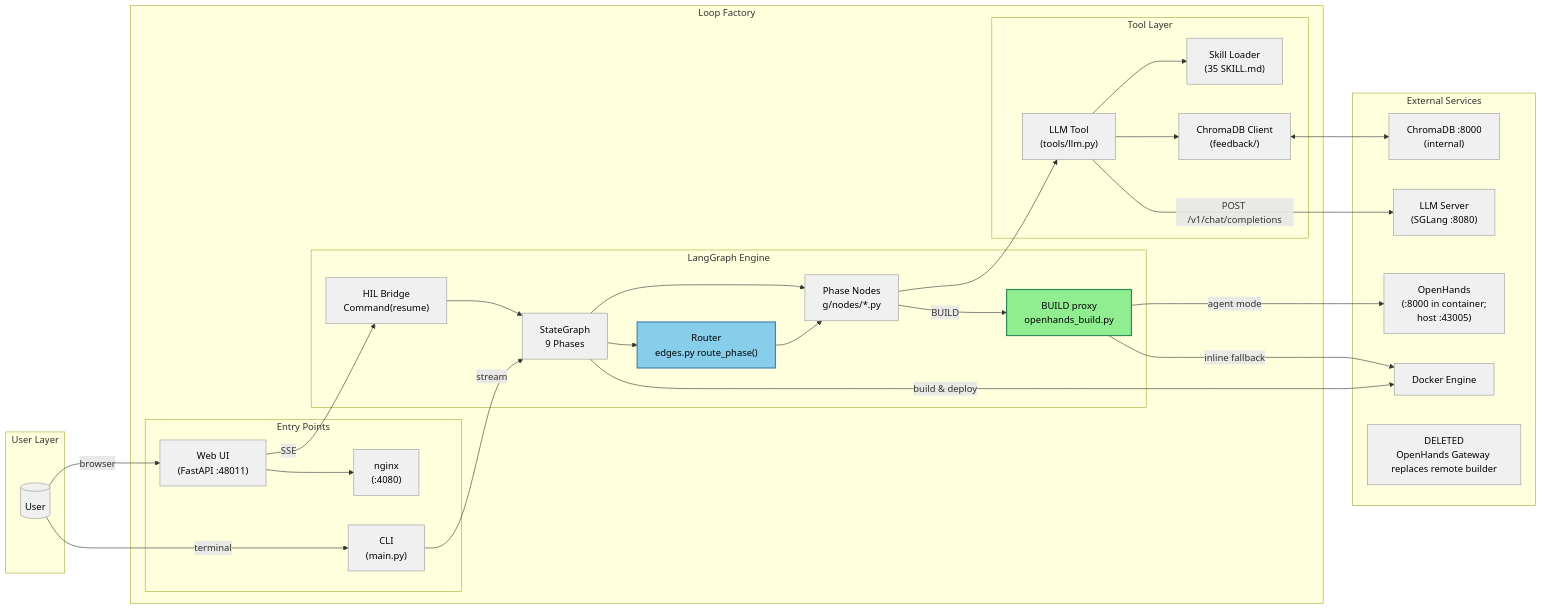
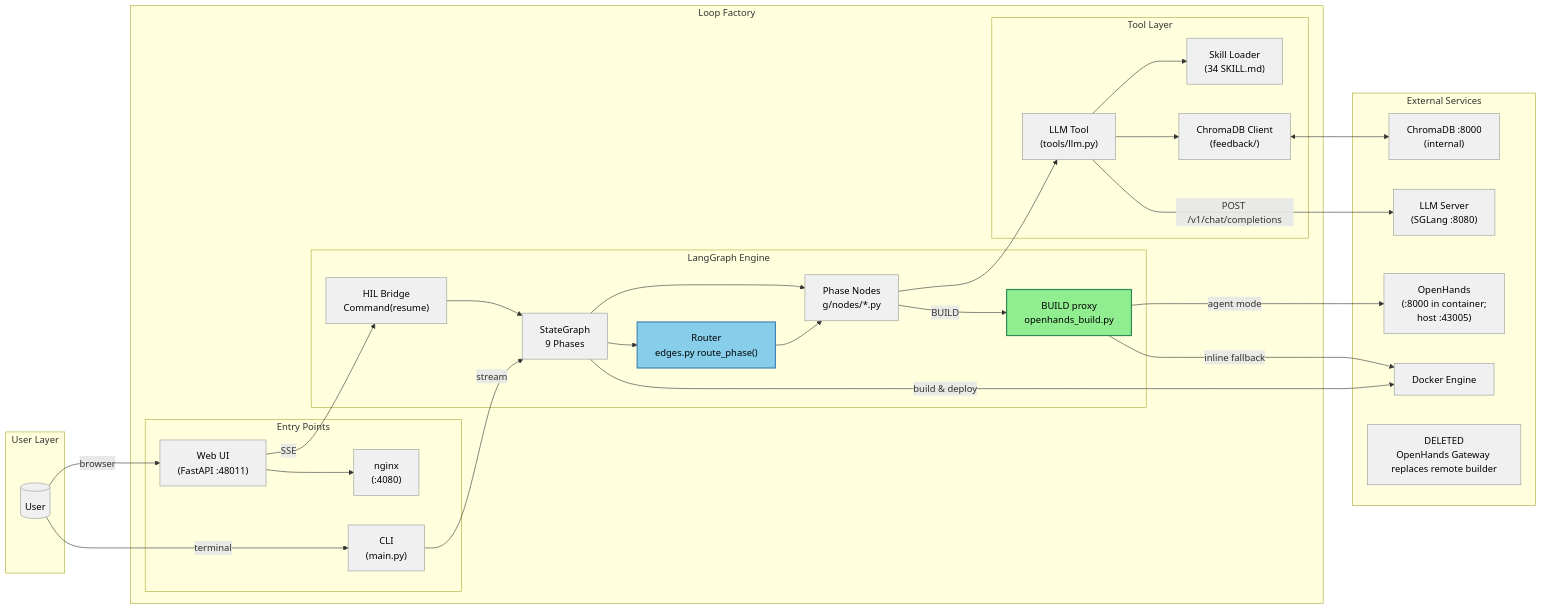
The third of 4 diagrams in README.md (terrygzhou/loop_engineering_factory), drawn with Mermaid before and after one commit. The commit also changed other lines of this file and 14 other files, not shown here.

````diff
--- a/README.md
+++ b/README.md
@@ -116,65 +118,65 @@
 ```mermaid
 graph LR
     subgraph User["User Layer"]
         U[("User")]
     end
 
     subgraph LoopFactory["Loop Factory"]
         subgraph Entry["Entry Points"]
             CLI["CLI<br/>(main.py)"]
             WebUI["Web UI<br/>(FastAPI :48011)"]
             Nginx["nginx<br/>(:4080)"]
         end
 
         subgraph Engine["LangGraph Engine"]
             Graph["StateGraph<br/>9 Phases"]
             Nodes["Phase Nodes<br/>g/nodes/*.py"]
             Bridge["HIL Bridge<br/>Command(resume)"]
             BuildProxy["BUILD proxy<br/>openhands_build.py"]
             Router["Router<br/>edges.py route_phase()"]
         end
 
         subgraph Tools["Tool Layer"]
             LLM["LLM Tool<br/>(tools/llm.py)"]
-            Skills["Skill Loader<br/>(35 SKILL.md)"]
+            Skills["Skill Loader<br/>(34 SKILL.md)"]
             ChromaC["ChromaDB Client<br/>(feedback/)"]
         end
     end
 
     subgraph External["External Services"]
         LLM_Srv["LLM Server<br/>(SGLang :8080)"]
         Docker["Docker Engine"]
         Chroma["ChromaDB :8000<br/>(internal)"]
         OpenHands["OpenHands<br/>(:8000 in container;<br/>host :43005)"]
         Builder["DELETED<br/>OpenHands Gateway replaces remote builder"]
     end
 
     U -->|browser| WebUI
     U -->|terminal| CLI
     CLI -->|stream| Graph
     WebUI -->|SSE| Bridge
     Bridge --> Graph
     Graph --> Nodes
     Graph --> Router
     Router --> Nodes
     Nodes --> LLM
     LLM --> Skills
     LLM --> ChromaC
     LLM -->|"POST /v1/chat/completions"| LLM_Srv
     Graph -->|"build & deploy"| Docker
     ChromaC <--> Chroma
     WebUI --> Nginx
 
     %% BUILD: OpenHands agent delegation with inline fallback
     Nodes -->|"BUILD"| BuildProxy
     BuildProxy -->|"agent mode"| OpenHands
     BuildProxy -->|"inline fallback"| Docker
 
     classDef default fill:#F0F0F0,stroke:#999,stroke-width:1px,color:#000
     classDef hil fill:#FFD700,stroke:#B8860B,stroke-width:2px,color:#000
     classDef agent fill:#90EE90,stroke:#2E8B57,stroke-width:2px,color:#000
     classDef router fill:#87CEEB,stroke:#4682B4,stroke-width:2px,color:#000
     class BuildProxy agent
     class OpenHands,Builder external
     class Router router
 ```
````
